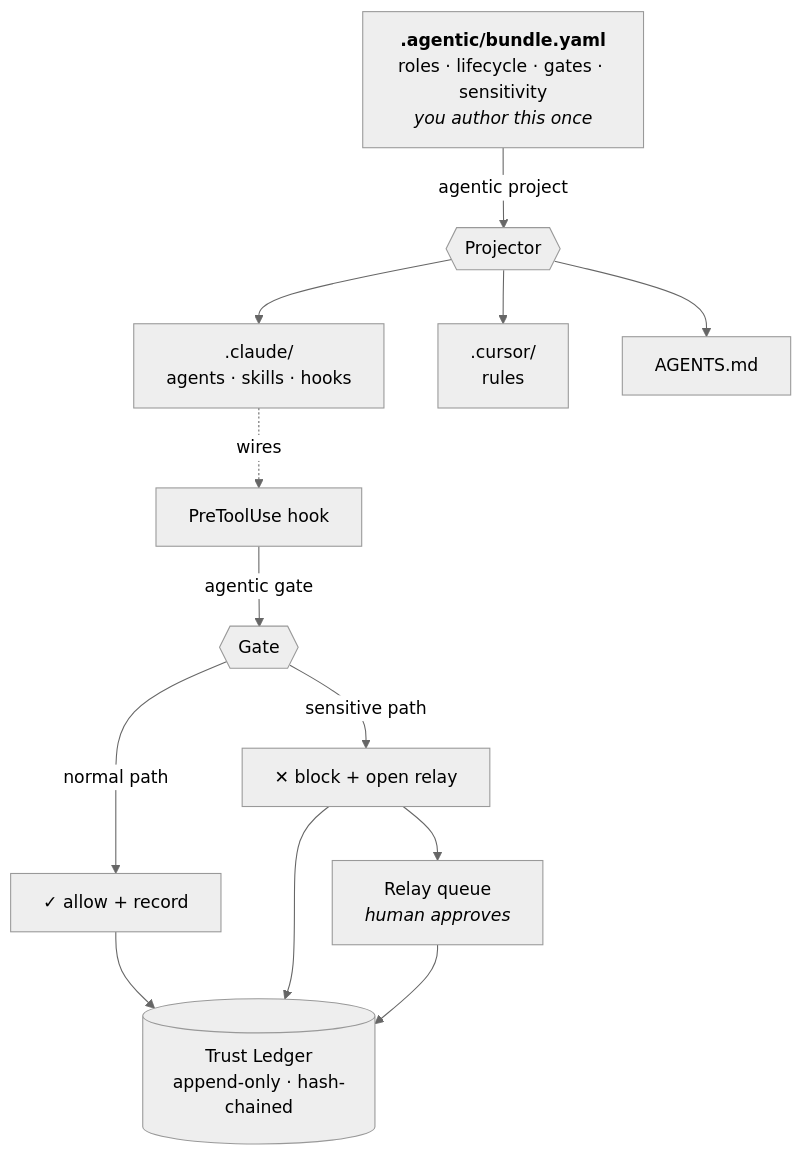
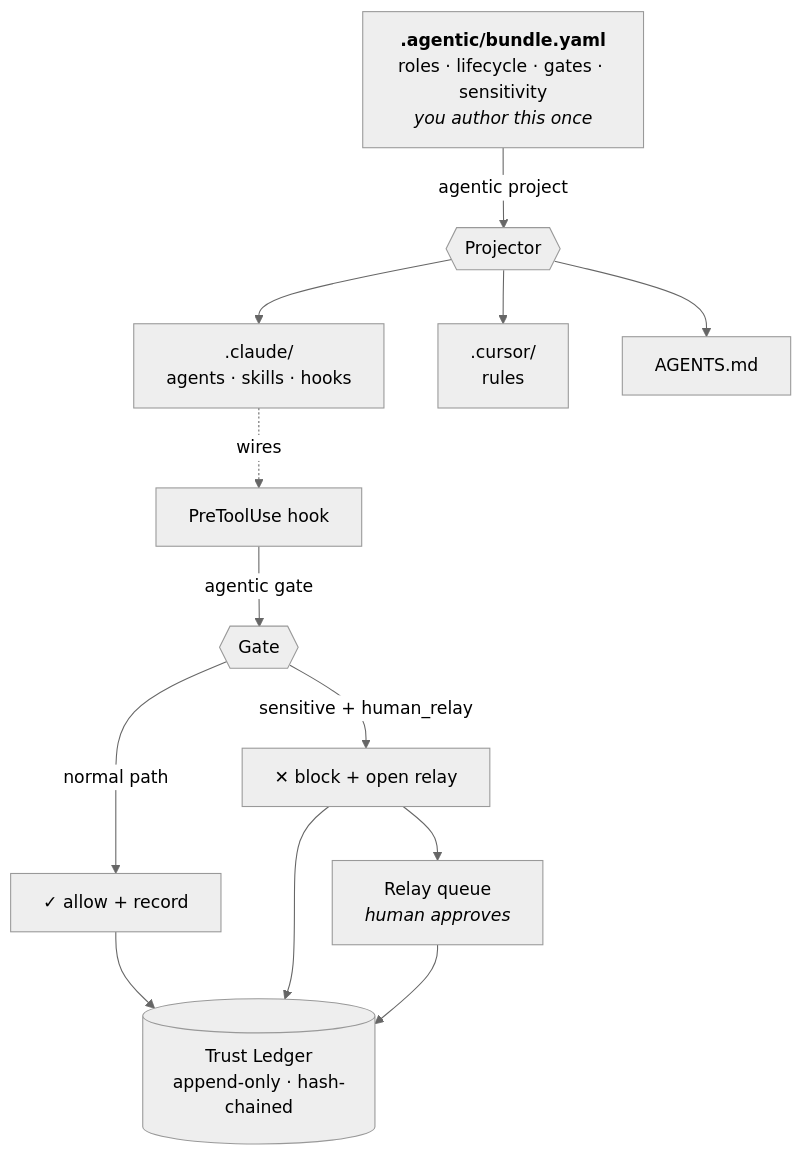
The first of 3 diagrams in README.md (Agentic-CLI/agentic-cli), drawn with Mermaid (neutral theme) before and after one commit. The commit also changed other lines of this file, not shown here.

````diff
--- a/README.md
+++ b/README.md
@@ -39,16 +87,16 @@
 ```mermaid
 flowchart TB
     B["<b>.agentic/bundle.yaml</b><br/>roles · lifecycle · gates · sensitivity<br/><i>you author this once</i>"]
     B -->|agentic project| P{{Projector}}
     P --> CC[".claude/<br/>agents · skills · hooks"]
     P --> CU[".cursor/<br/>rules"]
     P --> AM["AGENTS.md"]
     CC -. wires .-> H["PreToolUse hook"]
     H -->|agentic gate| G{{Gate}}
     G -->|normal path| OK["✓ allow + record"]
-    G -->|sensitive path| BL["✕ block + open relay"]
+    G -->|sensitive + human_relay| BL["✕ block + open relay"]
     BL --> R["Relay queue<br/><i>human approves</i>"]
     OK --> L[("Trust Ledger<br/>append-only · hash-chained")]
     BL --> L
     R --> L
 ```
````
